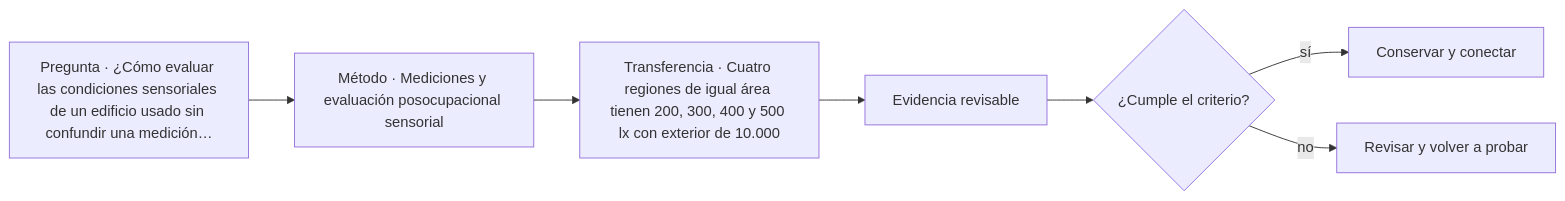
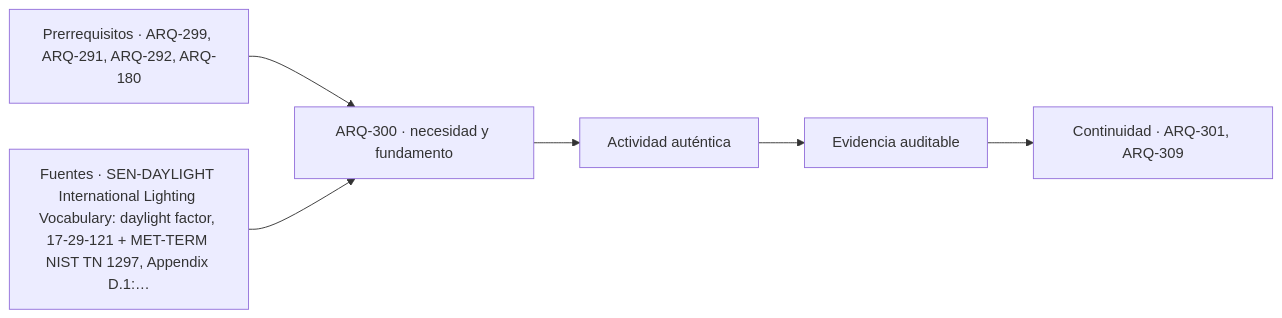
One commit to vladimiracunadev-create/architecture-built-environment-learning-program changed the diagram in classes/parte-30/ARQ-300.md. Above: the diagram before and after it, drawn with Mermaid. The commit also changed other lines of this file and 761 other files, not shown here.

````diff
--- a/classes/parte-30/ARQ-300.md
+++ b/classes/parte-30/ARQ-300.md
@@ -107,9 +119,8 @@
 ```mermaid
 flowchart LR
-    Q["Pregunta · ¿Cómo evaluar las condiciones sensoriales de un edificio usado sin confundir una medición…"] --> M["Método · Mediciones y evaluación posocupacional sensorial"]
-    M --> P["Transferencia · Cuatro regiones de igual área tienen 200, 300, 400 y 500 lx con exterior de 10.000"]
-    P --> E["Evidencia revisable"]
-    E --> C{"¿Cumple el criterio?"}
-    C -->|sí| T["Conservar y conectar"]
-    C -->|no| R["Revisar y volver a probar"]
+    A["Prerrequisitos · ARQ-299, ARQ-291, ARQ-292, ARQ-180"] --> B["ARQ-300 · necesidad y fundamento"]
+    S["Fuentes · SEN-DAYLIGHT International Lighting Vocabulary: daylight factor, 17-29-121 + MET-TERM NIST TN 1297, Appendix D.1:…"] --> B
+    B --> C["Actividad auténtica"]
+    C --> D["Evidencia auditable"]
+    D --> E["Continuidad · ARQ-301, ARQ-309"]
 ```
````
